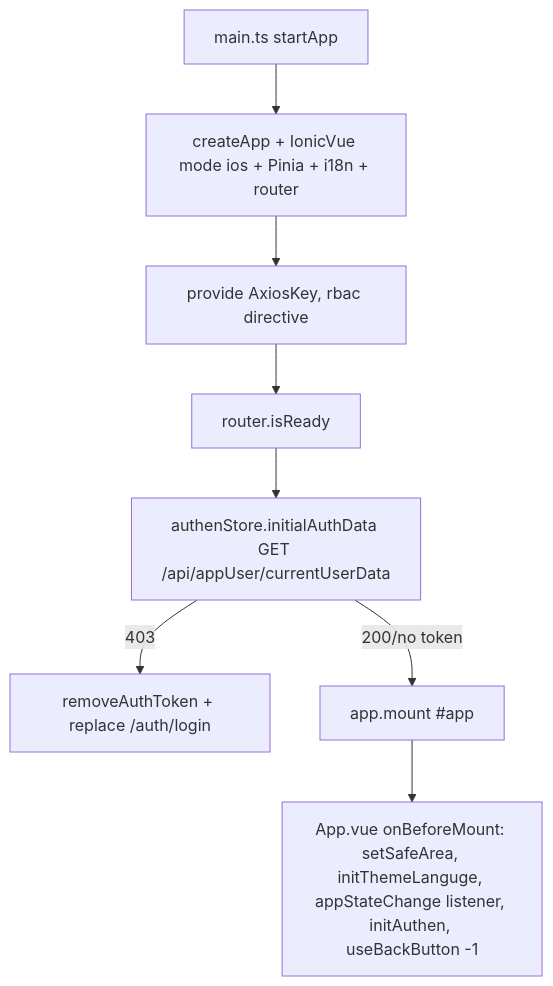
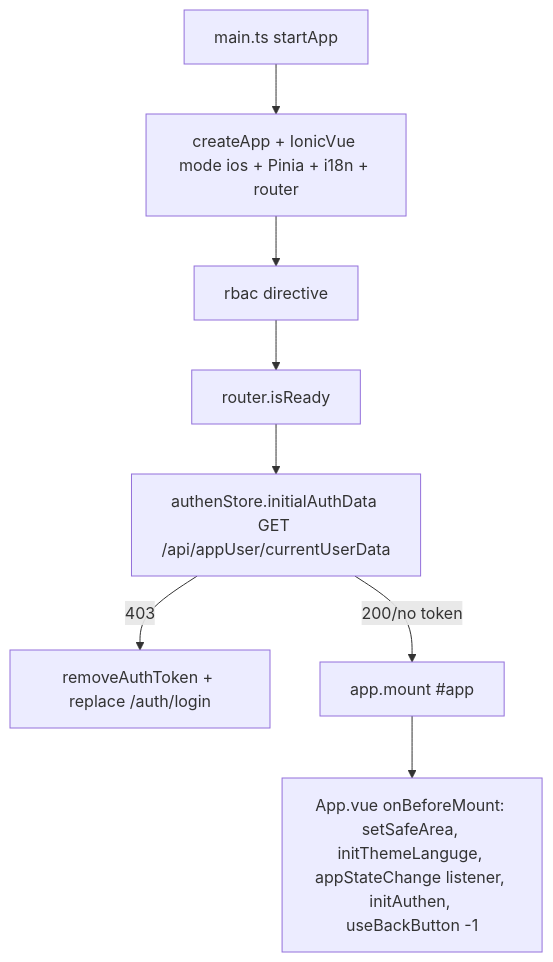
One commit to bekaku/vue-ionic-example-app changed the first of 2 diagrams in docs/agent/MOBILE_ARCHITECTURE.md. Above: the diagram before and after it, drawn with Mermaid. The commit also changed other lines of this file and 114 other files, not shown here.

````diff
--- a/docs/agent/MOBILE_ARCHITECTURE.md
+++ b/docs/agent/MOBILE_ARCHITECTURE.md
@@ -5,10 +24,10 @@
 ```mermaid
 flowchart TD
   A[main.ts startApp] --> B[createApp + IonicVue mode ios + Pinia + i18n + router]
-  B --> C[provide AxiosKey, rbac directive]
+  B --> C[rbac directive]
   C --> D[router.isReady]
   D --> E[authenStore.initialAuthData GET /api/appUser/currentUserData]
   E -->|403| F[removeAuthToken + replace /auth/login]
   E -->|200/no token| G[app.mount #app]
   G --> H[App.vue onBeforeMount: setSafeArea, initThemeLanguge, appStateChange listener, initAuthen, useBackButton -1]
 ```
````
